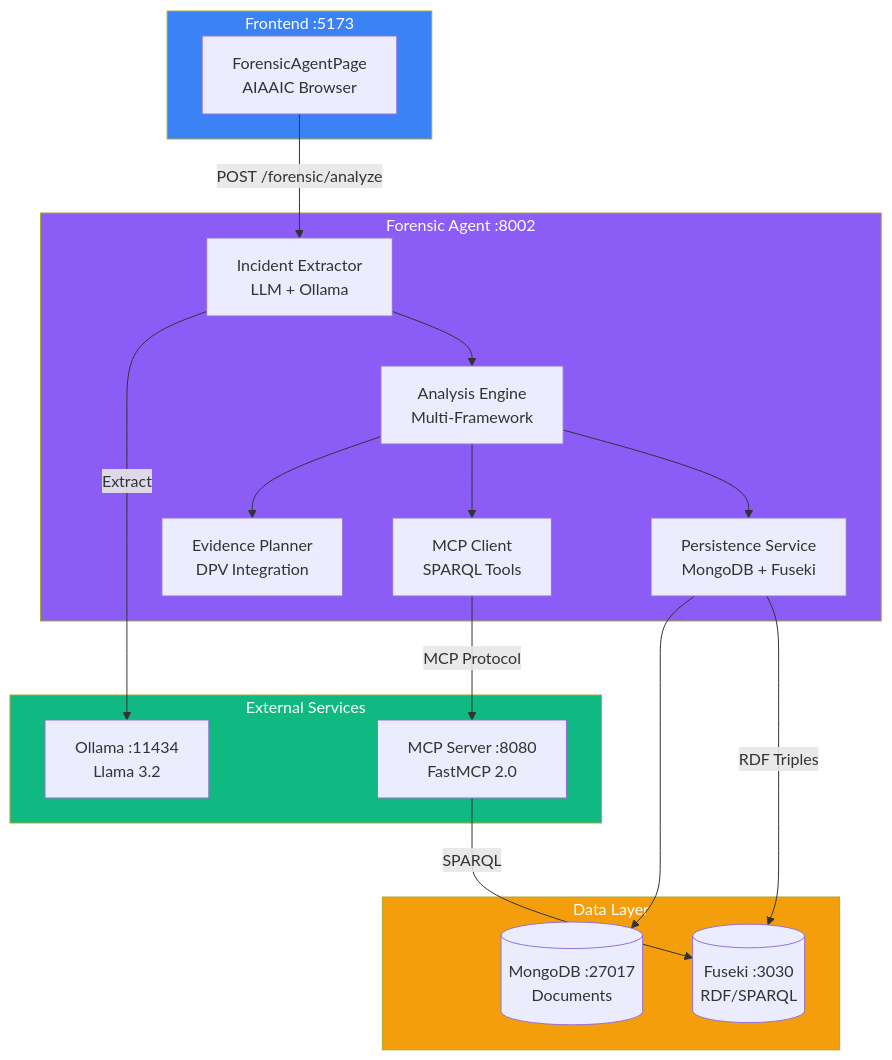
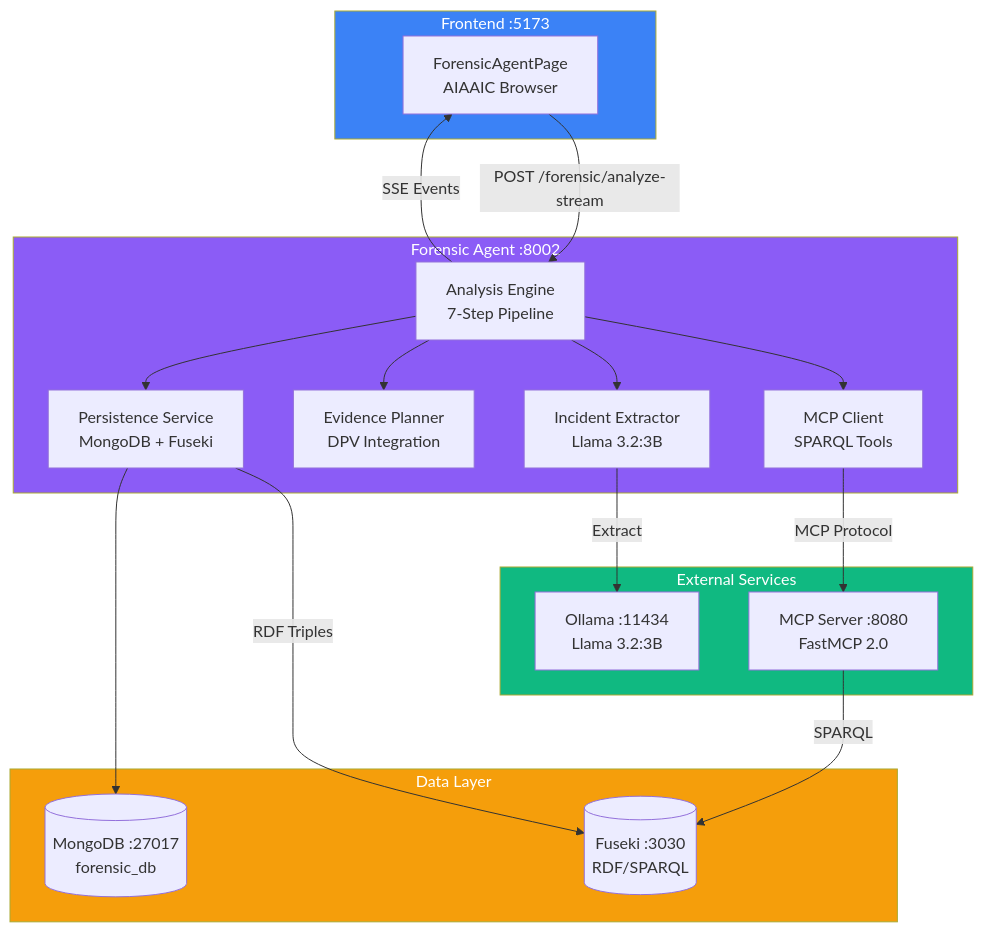
One commit to cartesiosson/ai_act_project changed the first of 7 diagrams in forensic_agent/README.md. Above: the diagram before and after it, drawn with Mermaid. The commit also changed other lines of this file, not shown here.

````diff
--- a/forensic_agent/README.md
+++ b/forensic_agent/README.md
@@ -59,40 +62,41 @@
 ```mermaid
 flowchart TB
     subgraph Frontend["Frontend :5173"]
         FA[ForensicAgentPage<br/>AIAAIC Browser]
     end
 
     subgraph Agent["Forensic Agent :8002"]
-        IE[Incident Extractor<br/>LLM + Ollama]
-        AE[Analysis Engine<br/>Multi-Framework]
+        IE[Incident Extractor<br/>Llama 3.2:3B]
+        AE[Analysis Engine<br/>7-Step Pipeline]
         EP[Evidence Planner<br/>DPV Integration]
         MC[MCP Client<br/>SPARQL Tools]
         PS[Persistence Service<br/>MongoDB + Fuseki]
     end
 
     subgraph Data["Data Layer"]
-        MG[(MongoDB :27017<br/>Documents)]
+        MG[(MongoDB :27017<br/>forensic_db)]
         FK[(Fuseki :3030<br/>RDF/SPARQL)]
     end
 
     subgraph Services["External Services"]
-        OL[Ollama :11434<br/>Llama 3.2]
+        OL[Ollama :11434<br/>Llama 3.2:3B]
         MCP[MCP Server :8080<br/>FastMCP 2.0]
     end
 
-    FA -->|POST /forensic/analyze| IE
+    FA -->|POST /forensic/analyze-stream| AE
+    AE -->|SSE Events| FA
+    AE --> IE
     IE -->|Extract| OL
-    IE --> AE
     AE --> EP
     AE --> MC
     MC -->|MCP Protocol| MCP
     MCP -->|SPARQL| FK
     AE --> PS
     PS --> MG
     PS -->|RDF Triples| FK
 
     style Frontend fill:#3b82f6,color:#fff
     style Agent fill:#8b5cf6,color:#fff
     style Data fill:#f59e0b,color:#fff
     style Services fill:#10b981,color:#fff
 ```
````
